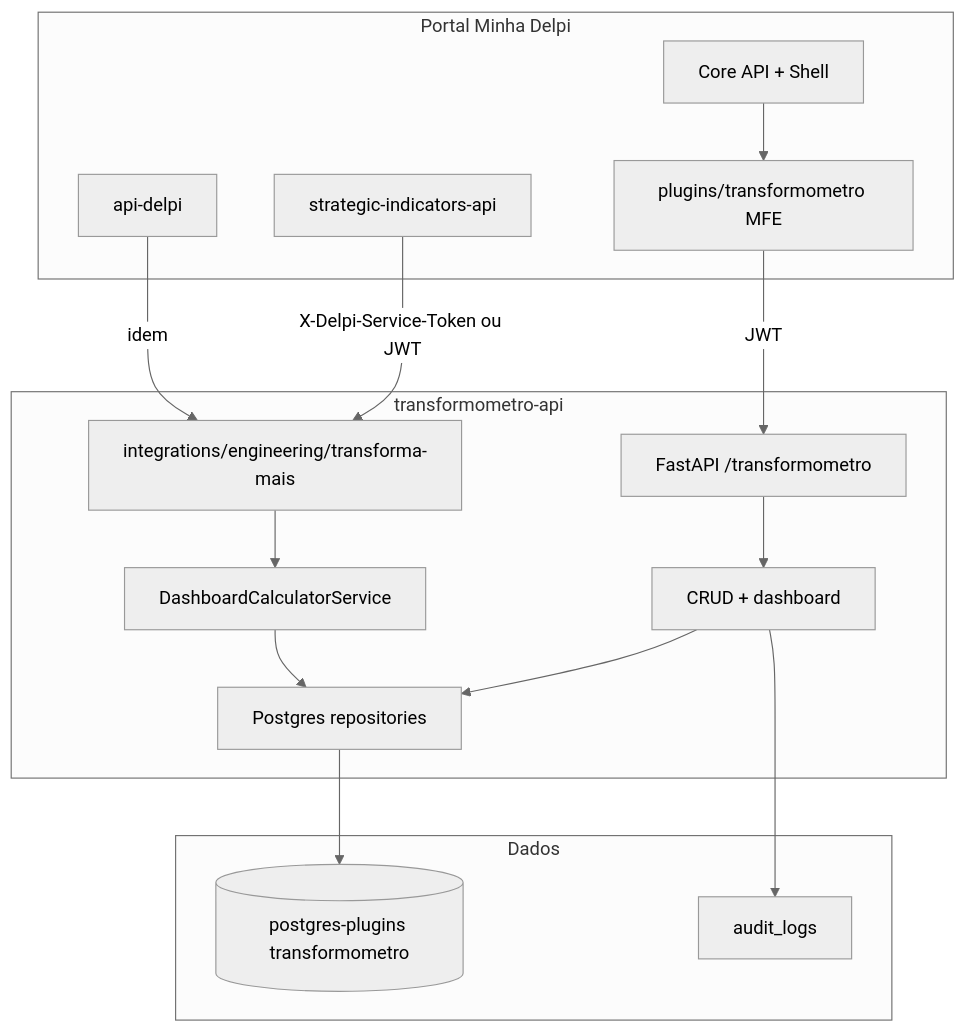
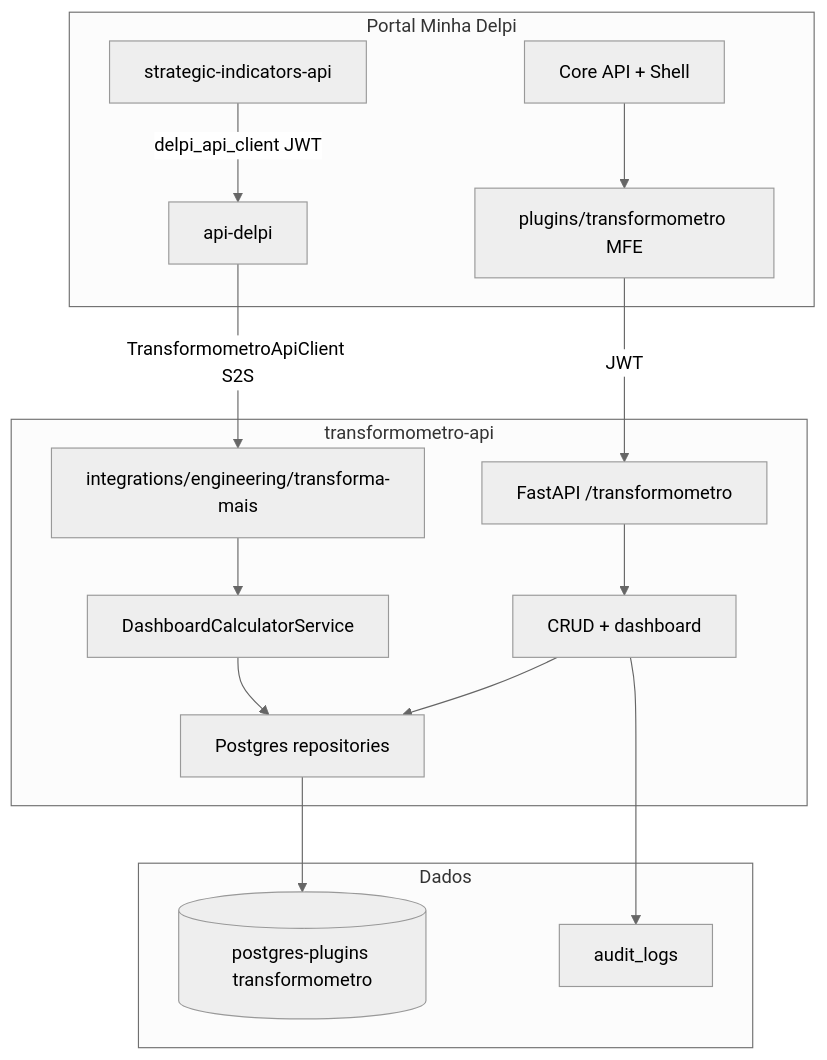
One commit to roberiooliveiradev/delpi-central changed the diagram in docs/12-roadmap-e-evolucao/transformometro-app/ARCHITECTURE.md. Above: the diagram before and after it, drawn with Mermaid (neutral theme). The commit also changed other lines of this file and 15 other files, not shown here.

First line of the commit message:
Playbook 18 Transformômetro: roadmap, import CLI e contratos api-delpi.

````diff
--- a/docs/12-roadmap-e-evolucao/transformometro-app/ARCHITECTURE.md
+++ b/docs/12-roadmap-e-evolucao/transformometro-app/ARCHITECTURE.md
@@ -5,30 +5,30 @@
 ```mermaid
 flowchart TB
   subgraph portal [Portal Minha Delpi]
     Shell[Core API + Shell]
     MFE[plugins/transformometro MFE]
     SI[strategic-indicators-api]
     AD[api-delpi]
   end
   subgraph tm [transformometro-api]
     HTTP[FastAPI /transformometro]
     INT[integrations/engineering/transforma-mais]
     UC[CRUD + dashboard]
     CALC[DashboardCalculatorService]
     REPO[Postgres repositories]
   end
   subgraph data [Dados]
     PG[(postgres-plugins transformometro)]
     AUDIT[audit_logs]
   end
   Shell --> MFE
   MFE -->|JWT| HTTP
-  SI -->|X-Delpi-Service-Token ou JWT| INT
-  AD -->|idem| INT
+  SI -->|delpi_api_client JWT| AD
+  AD -->|TransformometroApiClient S2S| INT
   HTTP --> UC
   INT --> CALC
   UC --> REPO
   CALC --> REPO
   REPO --> PG
   UC --> AUDIT
 ```
````
